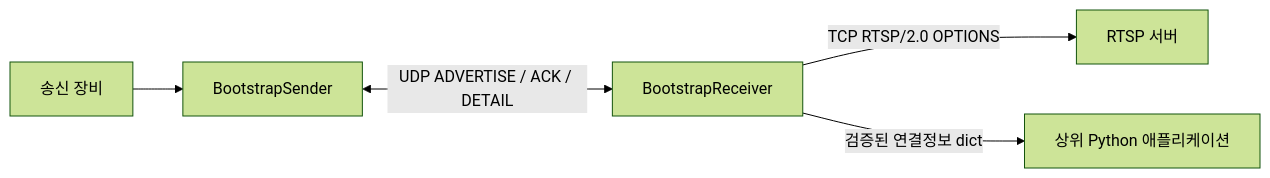
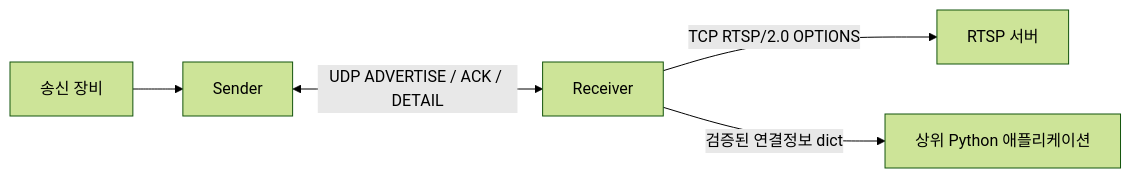
The diagram in SRS.md (IaraY6009/YNBro), drawn with Mermaid (forest theme) before and after one commit. The commit also changed other lines of this file and 2 other files, not shown here.

````diff
--- a/SRS.md
+++ b/SRS.md
@@ -74,13 +82,13 @@
-```mermaid
+``` mermaid
 flowchart LR
     D[송신 장비]
-    S[BootstrapSender]
-    R[BootstrapReceiver]
+    S[Sender]
+    R[Receiver]
     T[RTSP 서버]
     A[상위 Python 애플리케이션]
 
     D --> S
     S <-->|UDP ADVERTISE / ACK / DETAIL| R
     R -->|TCP RTSP/2.0 OPTIONS| T
     R -->|검증된 연결정보 dict| A
 ```
````
